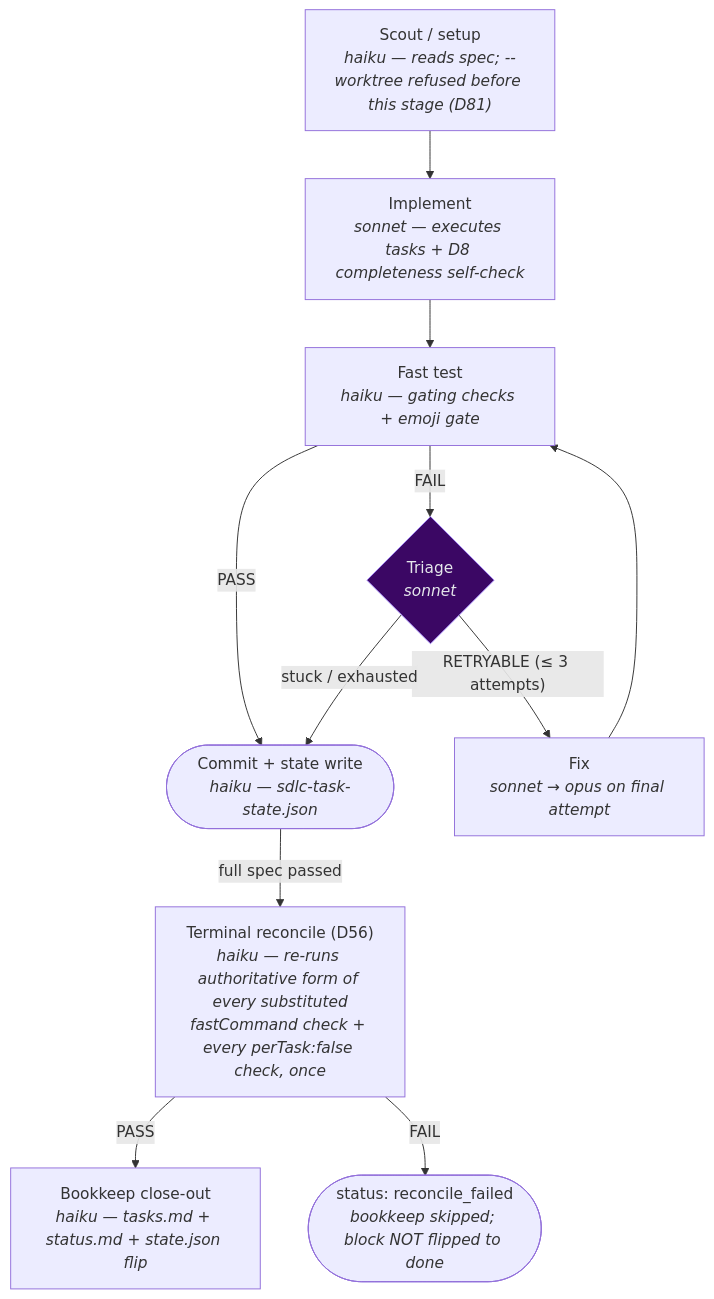
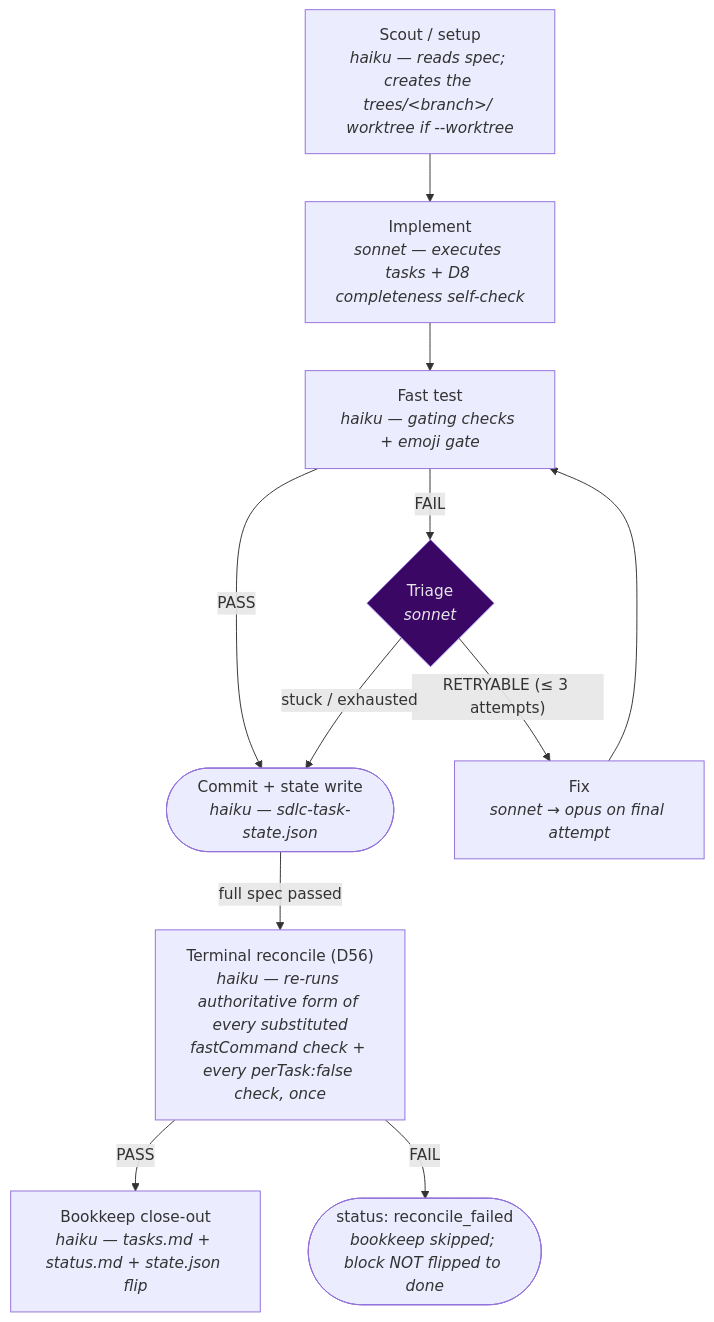
One commit to bredmond1019/agentic-base-template changed the diagram in docs/workflows/sdlc-task.md. Above: the diagram before and after it, drawn with Mermaid. The commit also changed other lines of this file and 20 other files, not shown here.

````diff
--- a/docs/workflows/sdlc-task.md
+++ b/docs/workflows/sdlc-task.md
@@ -57,15 +53,15 @@
 ```mermaid
 flowchart TD
-    Scout["Scout / setup<br/><i>haiku — reads spec; --worktree refused before this stage (D81)</i>"] --> Implement["Implement<br/><i>sonnet — executes tasks + D8 completeness self-check</i>"]
+    Scout["Scout / setup<br/><i>haiku — reads spec; creates the trees/&lt;branch&gt;/ worktree if --worktree</i>"] --> Implement["Implement<br/><i>sonnet — executes tasks + D8 completeness self-check</i>"]
     Implement --> Test["Fast test<br/><i>haiku — gating checks + emoji gate</i>"]
     Test -- "PASS" --> Commit(["Commit + state write<br/><i>haiku — sdlc-task-state.json</i>"])
     Test -- "FAIL" --> Triage{"Triage<br/><i>sonnet</i>"}
     Triage -- "RETRYABLE (≤ 3 attempts)" --> Fix["Fix<br/><i>sonnet → opus on final attempt</i>"] --> Test
     Triage -- "stuck / exhausted" --> Commit
     Commit -- "full spec passed" --> Reconcile["Terminal reconcile (D56)<br/><i>haiku — re-runs authoritative form of every substituted<br/>fastCommand check + every perTask:false check, once</i>"]
     Reconcile -- "PASS" --> Bookkeep["Bookkeep close-out<br/><i>haiku — tasks.md + status.md + state.json flip</i>"]
     Reconcile -- "FAIL" --> ReconcileFailed(["status: reconcile_failed<br/><i>bookkeep skipped; block NOT flipped to done</i>"])
 
     classDef gate fill:#3b0764,stroke:#a78bfa,color:#e5e7eb;
     class Triage gate;
 ```
````
